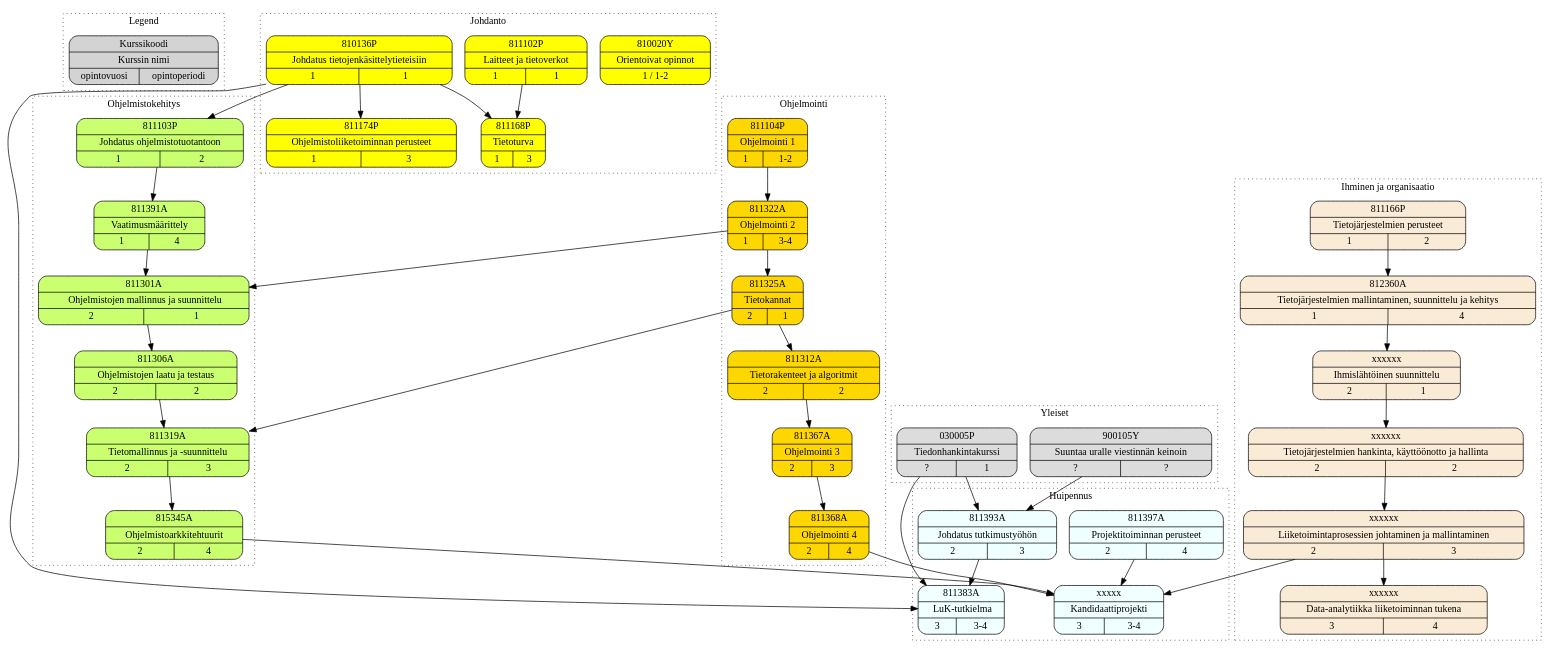
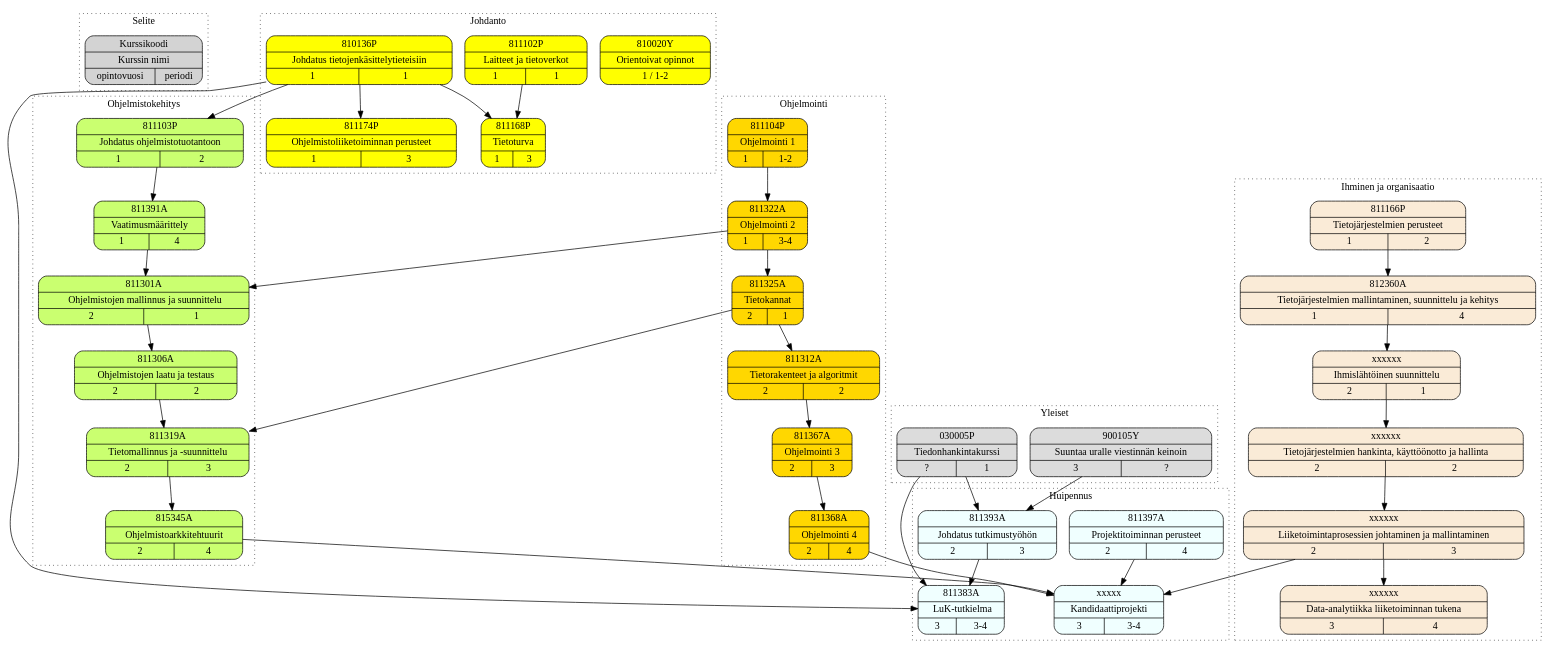
Before and after one commit to anttijuu/tol-courses-graph: the diagram in LuK-courses.dot, drawn with Graphviz. The commit also changed 2 other files, not shown here.

Commit message:
Legend is now in Finnish. Small layout fixes.

```diff
--- a/LuK-courses.dot
+++ b/LuK-courses.dot
@@ -1,111 +1,111 @@
 digraph TOLLuK {
    node [shape=record, style="rounded,filled"]
    
    subgraph cluster_Legend {
       graph[style=dotted]
-      label="Legend"
-      legend [label="{ Kurssikoodi | Kurssin nimi | { opintovuosi | opintoperiodi } }"]
+      label="Selite"
+      legend [label="{ Kurssikoodi | Kurssin nimi | { opintovuosi | periodi } }"]
       URL="https://github.com/anttijuu/tol-courses-graph" # URL linkable in SVG and some other formats.
    } 
 
    subgraph cluster_Yleiset {
       graph[style=dotted]
       label="Yleiset"
       node [fillcolor=gainsboro]
       c030005P [label="{ 030005P | Tiedonhankintakurssi | { ? | 1 } }"]
-      c900105Y [label="{  900105Y | Suuntaa uralle viestinnän keinoin | { ? | ? } }"]
+      c900105Y [label="{ 900105Y | Suuntaa uralle viestinnän keinoin | { 3 | ? } }"]
    }
    
    subgraph cluster_Johdanto {
       graph[style=dotted]
       label="Johdanto"
       node [fillcolor=yellow]
       c810020Y [label="{ 810020Y | Orientoivat opinnot | { 1 / 1-2 } }"]
       c810136P [label="{ 810136P | Johdatus tietojenkäsittelytieteisiin | { 1 | 1 } }"]
       c811168P [label="{ 811168P | Tietoturva | { 1 | 3 } }"]
       c811174P [label="{ 811174P | Ohjelmistoliiketoiminnan perusteet | { 1 | 3 } }"]
       c811102P [label="{ 811102P | Laitteet ja tietoverkot | { 1 | 1 } }"]
 
       c810136P -> c811168P
       c811102P -> c811168P
       c810136P -> c811174P
    }
    
    subgraph cluster_Ohjelmointi {
       graph[style=dotted]
       label="Ohjelmointi"
       node [fillcolor=gold1]
       c811104P [label="{ 811104P | Ohjelmointi 1 | { 1 | 1-2 } }"]
       c811322A [label="{ 811322A | Ohjelmointi 2 | { 1 | 3-4 } }"]
       c811325A [label="{ 811325A | Tietokannat | { 2 | 1 } }"]
       c811312A [label="{ 811312A | Tietorakenteet ja algoritmit | { 2 | 2 } }"]
       c811367A [label="{ 811367A | Ohjelmointi 3 | { 2 | 3 } }"]
       c811368A [label="{ 811368A | Ohjelmointi 4 | { 2 | 4 } }"]
       
       c811104P -> c811322A
       c811312A -> c811367A
       c811367A -> c811368A
       c811325A -> c811312A
       c811322A -> c811325A
    }
    
    subgraph cluster_Ohjelmistokehitys {
       graph[style=dotted]
       label="Ohjelmistokehitys"
       node [fillcolor=darkolivegreen1]
       c811103P [label="{ 811103P | Johdatus ohjelmistotuotantoon | { 1 | 2 } }"]
       c811391A [label="{ 811391A | Vaatimusmäärittely | { 1 | 4 } }"]
       c811301A [label="{ 811301A | Ohjelmistojen mallinnus ja suunnittelu | { 2 | 1 } }"]
       c811306A [label="{ 811306A | Ohjelmistojen laatu ja testaus | { 2 | 2 } }"]
       c811319A [label="{ 811319A | Tietomallinnus ja -suunnittelu | { 2 | 3 } }"]
       c815345A [label="{ 815345A | Ohjelmistoarkkitehtuurit | { 2 | 4 } }"]
       
       c810136P -> c811103P
       c811103P -> c811391A
       c811391A -> c811301A
       c811322A -> c811301A
       c811301A -> c811306A
       c811306A -> c811319A
       c811325A -> c811319A
       c811319A -> c815345A
    }
    
    subgraph cluster_IhminenOrganisaatio {
       graph[style=dotted]
       label="Ihminen ja organisaatio"
       node [fillcolor=antiquewhite]
       c811166P [label="{ 811166P | Tietojärjestelmien perusteet | { 1 |2 } }"]
       c812360A [label="{ 812360A | Tietojärjestelmien mallintaminen, suunnittelu ja kehitys | { 1 | 4 } }"]
       c0001 [label="{ xxxxxx | Ihmislähtöinen suunnittelu | { 2 | 1 } }"]
       c0002 [label="{ xxxxxx | Tietojärjestelmien hankinta, käyttöönotto ja hallinta | { 2 | 2 } }"]
       c0003 [label="{ xxxxxx | Liiketoimintaprosessien johtaminen ja mallintaminen | { 2 | 3 } }"]
       c0004 [label="{ xxxxxx | Data-analytiikka liiketoiminnan tukena | { 3 | 4 } }"]      
 
       c811166P -> c812360A
       c812360A -> c0001
       c0001 -> c0002
       c0002 -> c0003
       c0003 -> c0004
    }
    
    subgraph cluster_Huipennus {
       graph[style=dotted]
       label="Huipennus"
       node [fillcolor=azure]
       c811397A [label="{ 811397A | Projektitoiminnan perusteet | { 2 | 4 } }"]
       c0005 [label="{ xxxxx | Kandidaattiprojekti | { 3 | 3-4 } }"]
       c811393A [label="{ 811393A | Johdatus tutkimustyöhön | { 2 | 3 } }"]
       c811383A [label="{ 811383A | LuK-tutkielma | { 3 | 3-4 } }"]
    
       c030005P -> c811393A
       c900105Y -> c811393A
       c811393A -> c811383A
       c030005P -> c811383A
       c810136P -> c811383A
       c811397A -> c0005
       c815345A -> c0005
       c811368A -> c0005
       c0003 -> c0005
    }
    
 }
```
